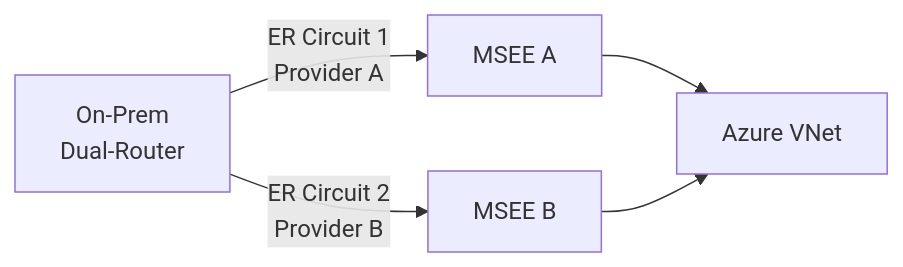
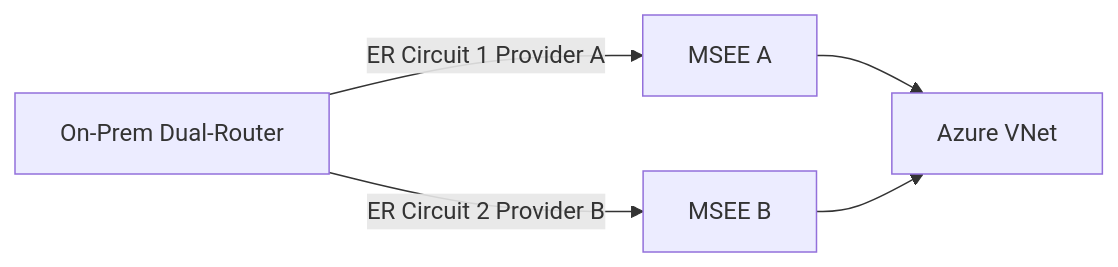
Diagram 12 of 13 in Microsoft 365/Azure/Netzwerk/Azure ExpressRoute.md (SoniiiT/notes-n-docs), drawn with Mermaid before and after one commit. The commit also changed other lines of this file and 124 other files, not shown here.

First line of the commit message:
fix: Entferne \n aus allen Mermaid-Diagrammen (125 Dateien)

````diff
--- a/Microsoft 365/Azure/Netzwerk/Azure ExpressRoute.md
+++ b/Microsoft 365/Azure/Netzwerk/Azure ExpressRoute.md
@@ -279,6 +279,6 @@
 ```mermaid
 graph LR
-    ONPREM[On-Prem\nDual-Router] -->|ER Circuit 1\nProvider A| MSEE_A[MSEE A]
-    ONPREM -->|ER Circuit 2\nProvider B| MSEE_B[MSEE B]
+    ONPREM[On-Prem Dual-Router] -->|ER Circuit 1 Provider A| MSEE_A[MSEE A]
+    ONPREM -->|ER Circuit 2 Provider B| MSEE_B[MSEE B]
     MSEE_A & MSEE_B --> VNET[Azure VNet]
 ```
````
